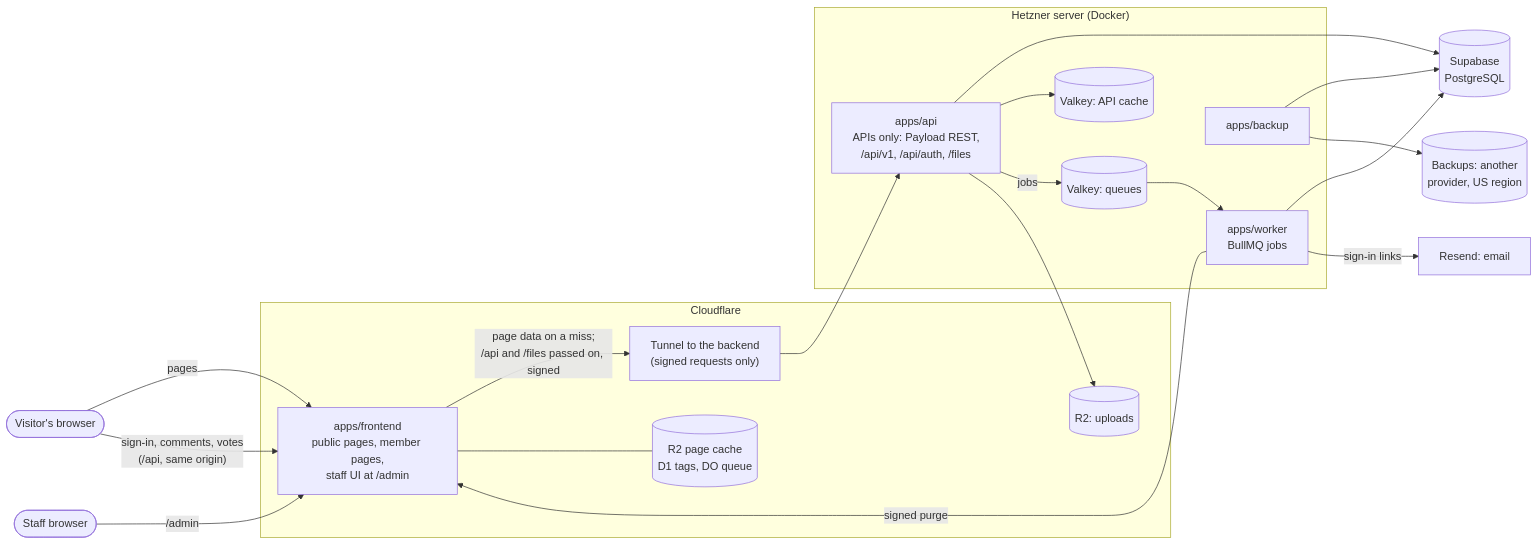
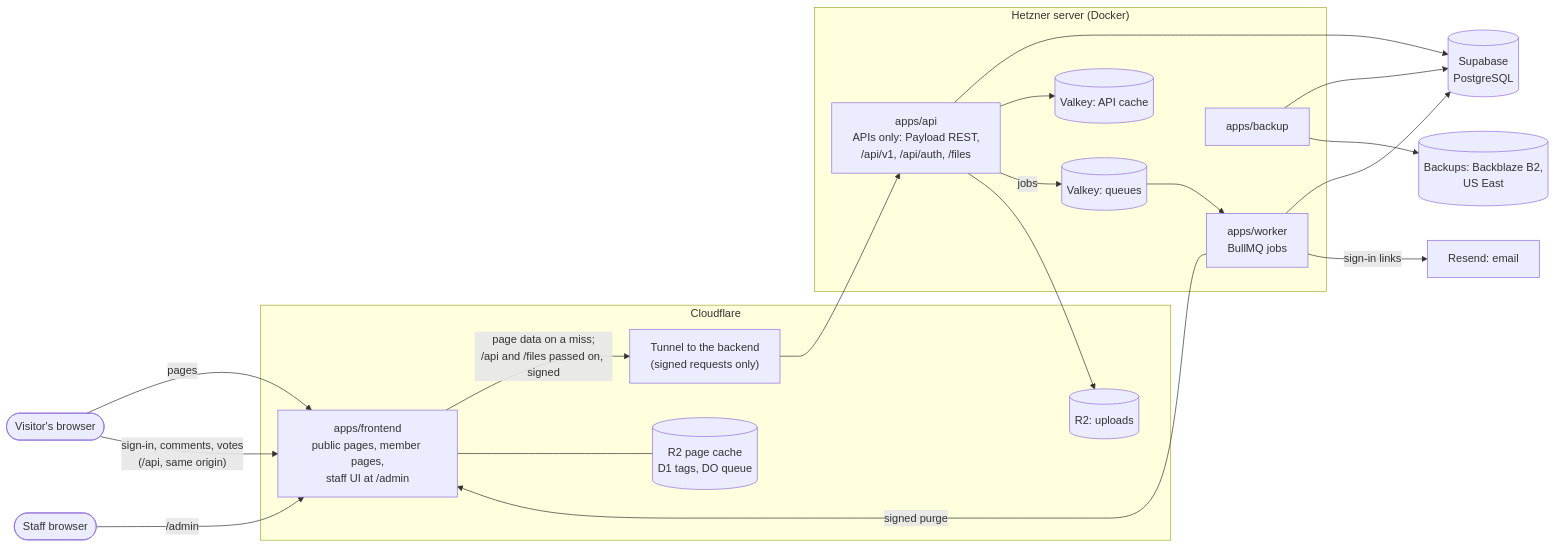
Before and after one commit to benoyj20/Country-Topics-Platform: the diagram in docs/adr/0014-split-site-and-backend.md, drawn with Mermaid. The commit also changed other lines of this file and 8 other files, not shown here.

````diff
--- a/docs/adr/0014-split-site-and-backend.md
+++ b/docs/adr/0014-split-site-and-backend.md
@@ -87,41 +87,41 @@
 ```mermaid
 flowchart LR
   visitor([Visitor's browser])
   editor([Staff browser])
 
   subgraph cf["Cloudflare"]
     site["apps/frontend<br/>public pages, member pages,<br/>staff UI at /admin"]
     sitecache[("R2 page cache<br/>D1 tags, DO queue")]
     tunnel["Tunnel to the backend<br/>(signed requests only)"]
     r2files[("R2: uploads")]
   end
 
   subgraph hz["Hetzner server (Docker)"]
     api["apps/api<br/>APIs only: Payload REST,<br/>/api/v1, /api/auth, /files"]
     worker["apps/worker<br/>BullMQ jobs"]
     backup["apps/backup"]
     queue[("Valkey: queues")]
     cache[("Valkey: API cache")]
   end
 
   db[("Supabase<br/>PostgreSQL")]
-  offsite[("Backups: another<br/>provider, US region")]
+  offsite[("Backups: Backblaze B2,<br/>US East")]
   resend["Resend: email"]
 
   visitor -- "pages" --> site
   editor -- "/admin" --> site
   visitor -- "sign-in, comments, votes<br/>(/api, same origin)" --> site
   site -- "page data on a miss;<br/>/api and /files passed on, signed" --> tunnel
   tunnel --> api
   site --- sitecache
   api --> db
   api --> cache
   api -- "jobs" --> queue
   queue --> worker
   worker --> db
   worker -- "sign-in links" --> resend
   worker -- "signed purge" --> site
   api --> r2files
   backup --> db
   backup --> offsite
 ```
````
